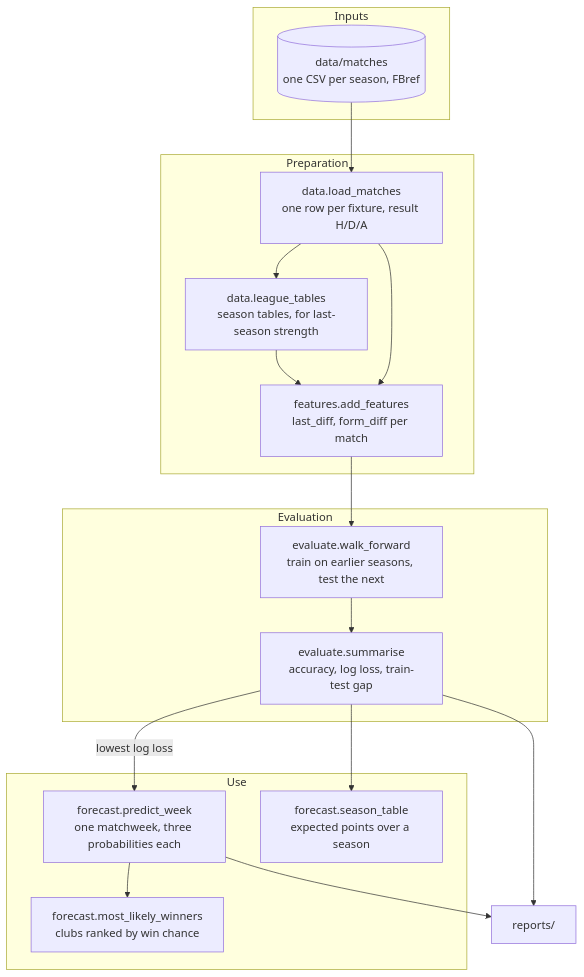
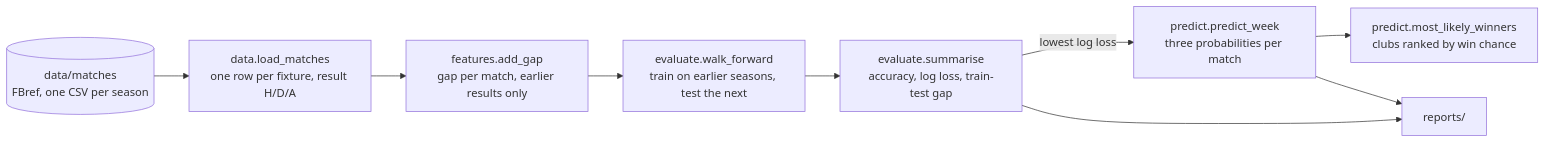
One commit to sal2049/saudi-pro-league-forecast changed the diagram in docs/architecture.md. Above: the diagram before and after it, drawn with Mermaid. The commit also changed other lines of this file and 26 other files, not shown here.

First line of the commit message:
Simplify to one feature and test on the current season

````diff
--- a/docs/architecture.md
+++ b/docs/architecture.md
@@ -5,31 +5,11 @@
 ```mermaid
-flowchart TB
-    subgraph inputs [Inputs]
-        M[("data/matches<br/>one CSV per season, FBref")]
-    end
-
-    subgraph prep [Preparation]
-        L["data.load_matches<br/>one row per fixture, result H/D/A"]
-        T["data.league_tables<br/>season tables, for last-season strength"]
-        F["features.add_features<br/>last_diff, form_diff per match"]
-    end
-
-    subgraph eval [Evaluation]
-        W["evaluate.walk_forward<br/>train on earlier seasons, test the next"]
-        S["evaluate.summarise<br/>accuracy, log loss, train-test gap"]
-    end
-
-    subgraph use [Use]
-        K["forecast.predict_week<br/>one matchweek, three probabilities each"]
-        R["forecast.most_likely_winners<br/>clubs ranked by win chance"]
-        Q["forecast.season_table<br/>expected points over a season"]
-    end
-
-    M --> L --> T --> F
-    L --> F
-    F --> W --> S
-    S -->|lowest log loss| K --> R
-    S --> Q
+flowchart LR
+    M[("data/matches<br/>FBref, one CSV per season")] --> L["data.load_matches<br/>one row per fixture, result H/D/A"]
+    L --> G["features.add_gap<br/>gap per match, earlier results only"]
+    G --> W["evaluate.walk_forward<br/>train on earlier seasons, test the next"]
+    W --> S["evaluate.summarise<br/>accuracy, log loss, train-test gap"]
+    S -->|lowest log loss| P["predict.predict_week<br/>three probabilities per match"]
+    P --> R["predict.most_likely_winners<br/>clubs ranked by win chance"]
     S --> O["reports/"]
-    K --> O
+    P --> O
 ```
````
